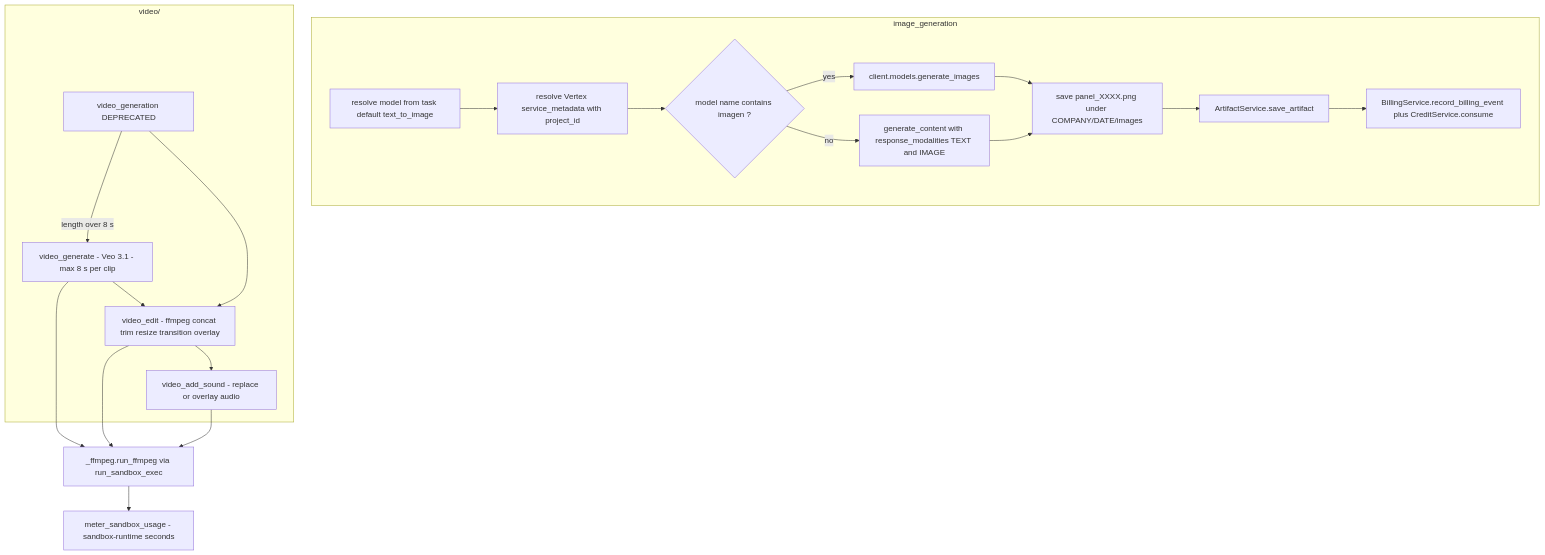
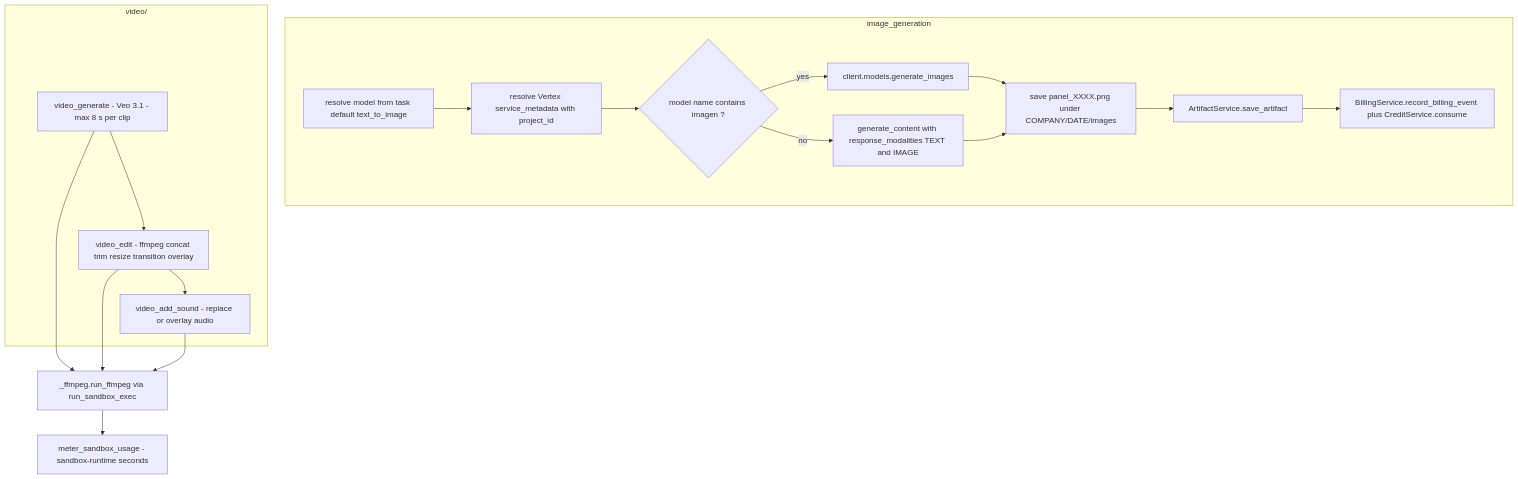
Before and after one commit to gondolerahul/hire-buddha-app: the tenth of 24 diagrams in docs/current/09-tools.md, drawn with Mermaid. The commit also changed other lines of this file and 19 other files, not shown here.

First line of the commit message:
chore(tools): delete the deprecated video_generation tool (PO-17)

````diff
--- a/docs/current/09-tools.md
+++ b/docs/current/09-tools.md
@@ -916,23 +915,21 @@
 ```mermaid
 flowchart TD
     subgraph IMG["image_generation"]
         I1["resolve model from task default text_to_image"] --> I2["resolve Vertex service_metadata with project_id"]
         I2 --> I3{"model name contains imagen ?"}
         I3 -->|yes| I4["client.models.generate_images"]
         I3 -->|no| I5["generate_content with response_modalities TEXT and IMAGE"]
         I4 --> I6["save panel_XXXX.png under COMPANY/DATE/images"]
         I5 --> I6
         I6 --> I7["ArtifactService.save_artifact"]
         I7 --> I8["BillingService.record_billing_event plus CreditService.consume"]
     end
     subgraph VID["video/"]
         V1["video_generate - Veo 3.1 - max 8 s per clip"] --> V2["video_edit - ffmpeg concat trim resize transition overlay"]
         V2 --> V3["video_add_sound - replace or overlay audio"]
-        V4["video_generation DEPRECATED"] -->|"length over 8 s"| V1
-        V4 --> V2
     end
     V1 --> FF["_ffmpeg.run_ffmpeg via run_sandbox_exec"]
     V2 --> FF
     V3 --> FF
     FF --> MET["meter_sandbox_usage - sandbox-runtime seconds"]
 ```
````
